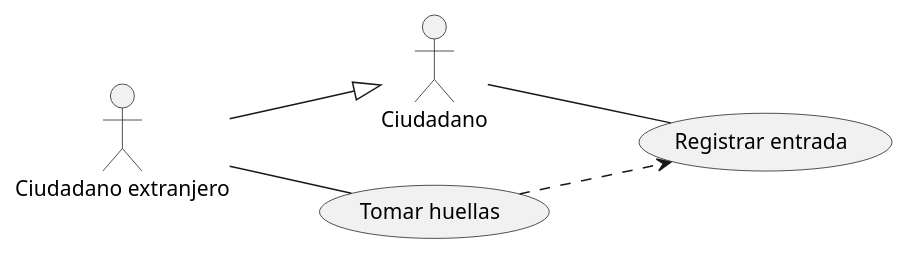
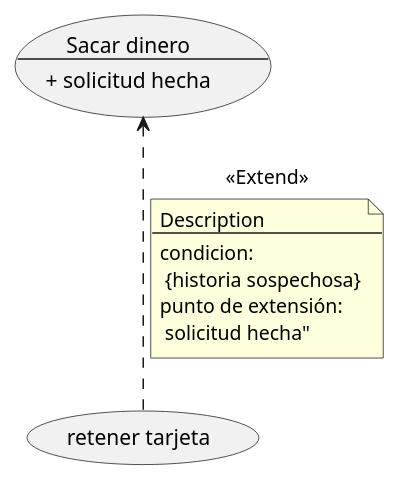
Before and after one commit to preguntitas/PlantUml: the diagram in src/diagrama de casos.puml, drawn with PlantUML. The commit also changed 1 other file, not shown here.

Commit message:
Diagrama Puntos de extensión

```diff
--- a/src/diagrama de casos.puml
+++ b/src/diagrama de casos.puml
@@ -1,15 +1,19 @@
 @startuml
 ' DEFINICIONES
-:Ciudadano: as ciudadano
-:Ciudadano extranjero: as extranjero
-(Registrar entrada) as registrar
-(Tomar huellas) as huellas
+usecase sacar as "Sacar dinero
+ --
+ + solicitud hecha"
+ usecase "retener tarjeta" as retener
 
 ' RELACIONES
-left to right direction
-ciudadano -- registrar
-extranjero -- huellas
-extranjero --|> ciudadano
-huellas ..> registrar
+ sacar <.. retener: <<Extend>>
+note on link
+ Description
+ --
+ condicion:
+  {historia sospechosa}
+ punto de extensión:
+  solicitud hecha"
+end note
 
 @enduml
```
